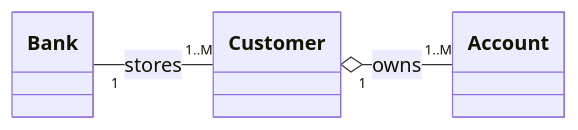
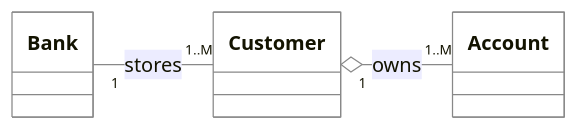
One commit to TranThaiHoa0409/RMIT-learning-resources changed the first of 11 diagrams in 2025C/Further_Programming/Lectures/FP_Week1_Software_Design_And_Java_Basics.md. Above: the diagram before and after it, drawn with Mermaid. The commit also changed other lines of this file and 13 other files, not shown here.

````diff
--- a/2025C/Further_Programming/Lectures/FP_Week1_Software_Design_And_Java_Basics.md
+++ b/2025C/Further_Programming/Lectures/FP_Week1_Software_Design_And_Java_Basics.md
@@ -48,6 +48,13 @@
 ```mermaid
+%%{init: {"themeVariables": {"lineColor": "#888"}}}%%
 classDiagram
     direction LR
+    class Bank
+    class Customer
+    class Account
     Bank "1" -- "1..M" Customer : stores
     Customer "1" o-- "1..M" Account : owns
+    style Bank fill:none,stroke:#888
+    style Customer fill:none,stroke:#888
+    style Account fill:none,stroke:#888
 ```
````
